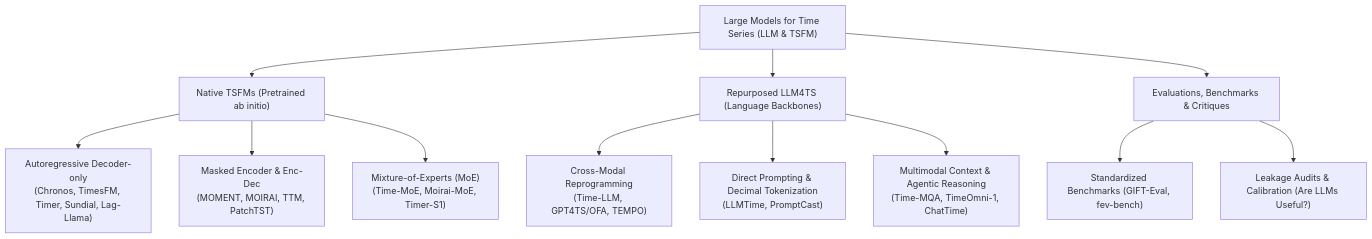
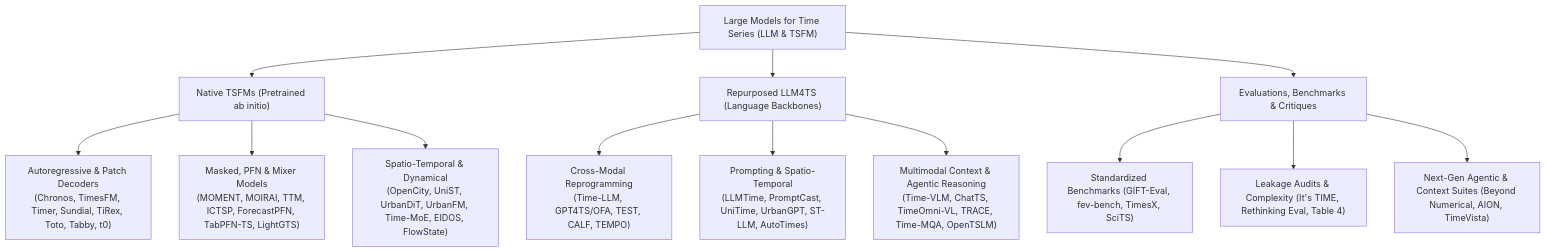
One commit to lihuirui/awesome-llm-time-series-foundation-models-survey changed the diagram in README.md. Above: the diagram before and after it, drawn with Mermaid. The commit also changed other lines of this file and 29 other files, not shown here.

Commit message:
feat(iter-4): spatio-temporal foundation models, operational complexity & automated snowballing

````diff
--- a/README.md
+++ b/README.md
@@ -28,18 +29,19 @@
 ```mermaid
 graph TD
     Root["Large Models for Time Series (LLM & TSFM)"]
     Root --> P1["Native TSFMs (Pretrained ab initio)"]
     Root --> P2["Repurposed LLM4TS (Language Backbones)"]
     Root --> P3["Evaluations, Benchmarks & Critiques"]
 
-    P1 --> P1_Dec["Autoregressive Decoder-only<br/>(Chronos, TimesFM, Timer, Sundial, Lag-Llama)"]
-    P1 --> P1_Enc["Masked Encoder & Enc-Dec<br/>(MOMENT, MOIRAI, TTM, PatchTST)"]
-    P1 --> P1_MoE["Mixture-of-Experts (MoE)<br/>(Time-MoE, Moirai-MoE, Timer-S1)"]
+    P1 --> P1_Dec["Autoregressive & Patch Decoders<br/>(Chronos, TimesFM, Timer, Sundial, TiRex, Toto, Tabby, t0)"]
+    P1 --> P1_Enc["Masked, PFN & Mixer Models<br/>(MOMENT, MOIRAI, TTM, ICTSP, ForecastPFN, TabPFN-TS, LightGTS)"]
+    P1 --> P1_ST["Spatio-Temporal & Dynamical<br/>(OpenCity, UniST, UrbanDiT, UrbanFM, Time-MoE, EIDOS, FlowState)"]
 
-    P2 --> P2_Reprog["Cross-Modal Reprogramming<br/>(Time-LLM, GPT4TS/OFA, TEMPO)"]
-    P2 --> P2_Prompt["Direct Prompting & Decimal Tokenization<br/>(LLMTime, PromptCast)"]
-    P2 --> P2_Multi["Multimodal Context & Agentic Reasoning<br/>(Time-MQA, TimeOmni-1, ChatTime)"]
+    P2 --> P2_Reprog["Cross-Modal Reprogramming<br/>(Time-LLM, GPT4TS/OFA, TEST, CALF, TEMPO)"]
+    P2 --> P2_Prompt["Prompting & Spatio-Temporal<br/>(LLMTime, PromptCast, UniTime, UrbanGPT, ST-LLM, AutoTimes)"]
+    P2 --> P2_Multi["Multimodal Context & Agentic Reasoning<br/>(Time-VLM, ChatTS, TimeOmni-VL, TRACE, Time-MQA, OpenTSLM)"]
 
-    P3 --> P3_Bench["Standardized Benchmarks (GIFT-Eval, fev-bench)"]
-    P3 --> P3_Audit["Leakage Audits & Calibration (Are LLMs Useful?)"]
+    P3 --> P3_Bench["Standardized Benchmarks (GIFT-Eval, fev-bench, TimesX, SciTS)"]
+    P3 --> P3_Audit["Leakage Audits & Complexity (It's TIME, Rethinking Eval, Table 4)"]
+    P3 --> P3_Agent["Next-Gen Agentic & Context Suites (Beyond Numerical, AION, TimeVista)"]
 ```
````
